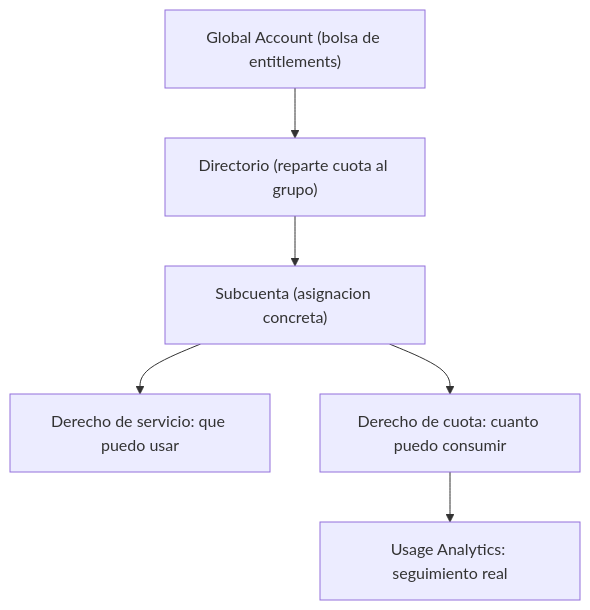
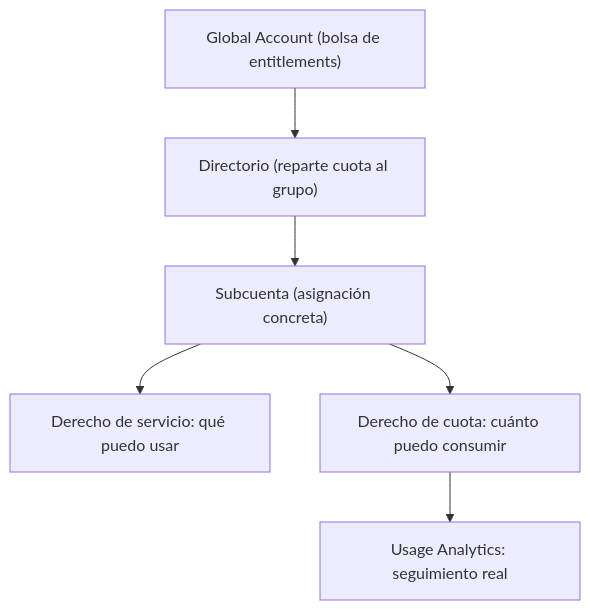
One commit to logalitech/blog-content changed the diagram in es/btp-admin-entitlements-cuotas.mdx. Above: the diagram before and after it, drawn with Mermaid. The commit also changed other lines of this file and 49 other files, not shown here.

````diff
--- a/es/btp-admin-entitlements-cuotas.mdx
+++ b/es/btp-admin-entitlements-cuotas.mdx
@@ -24,9 +24,9 @@
 ```mermaid
 flowchart TD
   GA["Global Account (bolsa de entitlements)"]
   GA --> DIR["Directorio (reparte cuota al grupo)"]
-  DIR --> SUB["Subcuenta (asignacion concreta)"]
-  SUB --> SVC["Derecho de servicio: que puedo usar"]
-  SUB --> QUOTA["Derecho de cuota: cuanto puedo consumir"]
+  DIR --> SUB["Subcuenta (asignación concreta)"]
+  SUB --> SVC["Derecho de servicio: qué puedo usar"]
+  SUB --> QUOTA["Derecho de cuota: cuánto puedo consumir"]
   QUOTA --> UA["Usage Analytics: seguimiento real"]
 ```
````
